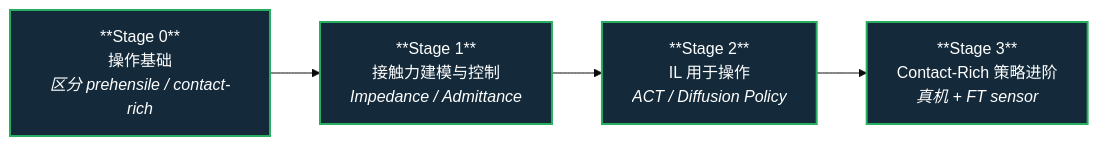
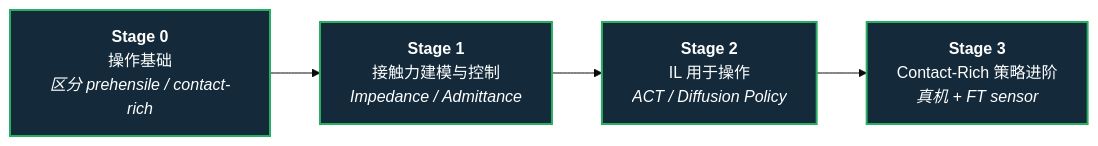
One commit to ImChong/Robotics_Notebooks changed the diagram in roadmap/depth-contact-manipulation.md. Above: the diagram before and after it, drawn with Mermaid (base theme). The commit also changed 27 other files, not shown here.

First line of the commit message:
fix(ux): 修复纵深路线一览 Mermaid 节点 ** 原样显示

````diff
--- a/roadmap/depth-contact-manipulation.md
+++ b/roadmap/depth-contact-manipulation.md
@@ -7,12 +7,12 @@
 ```mermaid
 flowchart LR
-  S0["**Stage 0**<br/>操作基础<br/><em>区分 prehensile / contact-rich</em>"]
-  S1["**Stage 1**<br/>接触力建模与控制<br/><em>Impedance / Admittance</em>"]
-  S2["**Stage 2**<br/>IL 用于操作<br/><em>ACT / Diffusion Policy</em>"]
-  S3["**Stage 3**<br/>Contact-Rich 策略进阶<br/><em>真机 + FT sensor</em>"]
+  S0["<b>Stage 0</b><br/>操作基础<br/><em>区分 prehensile / contact-rich</em>"]
+  S1["<b>Stage 1</b><br/>接触力建模与控制<br/><em>Impedance / Admittance</em>"]
+  S2["<b>Stage 2</b><br/>IL 用于操作<br/><em>ACT / Diffusion Policy</em>"]
+  S3["<b>Stage 3</b><br/>Contact-Rich 策略进阶<br/><em>真机 + FT sensor</em>"]
 
   S0 --> S1 --> S2 --> S3
 
   classDef stage fill:#142a3a,stroke:#27ae60,stroke-width:2px,color:#fff
   class S0,S1,S2,S3 stage
 ```
````
